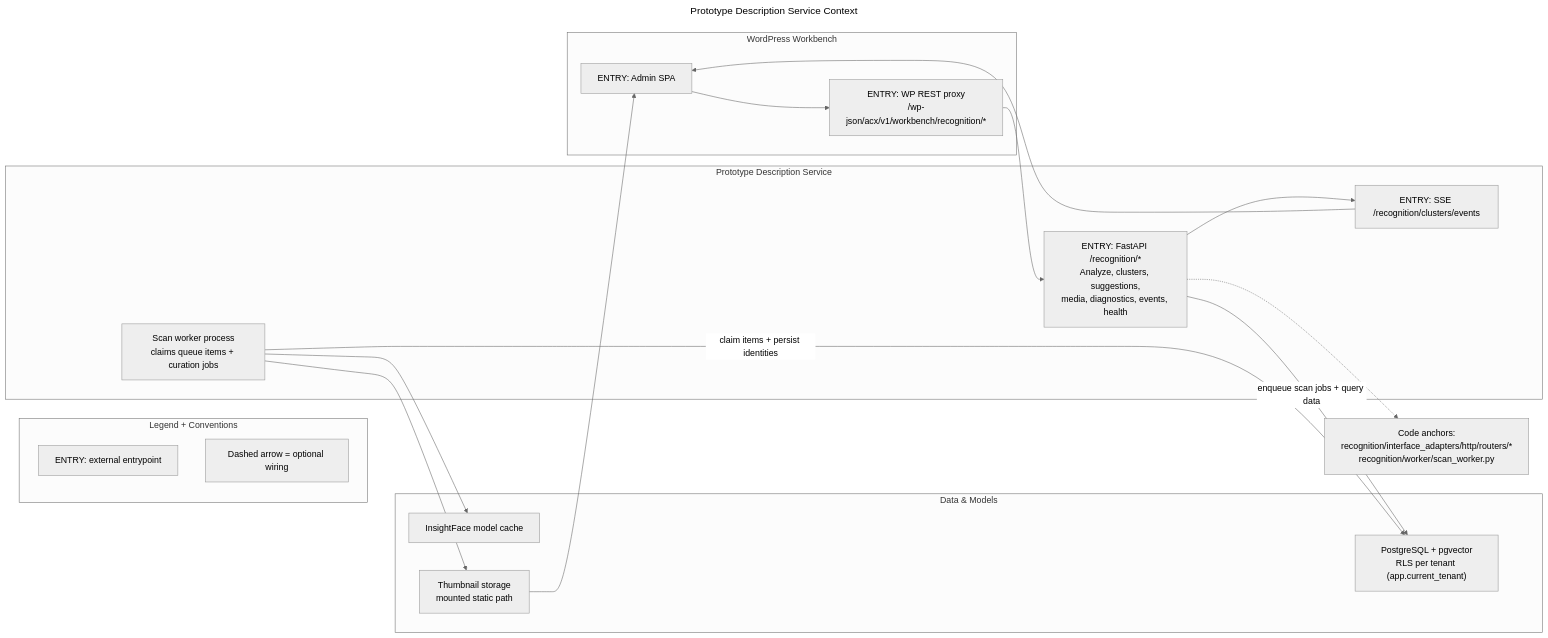
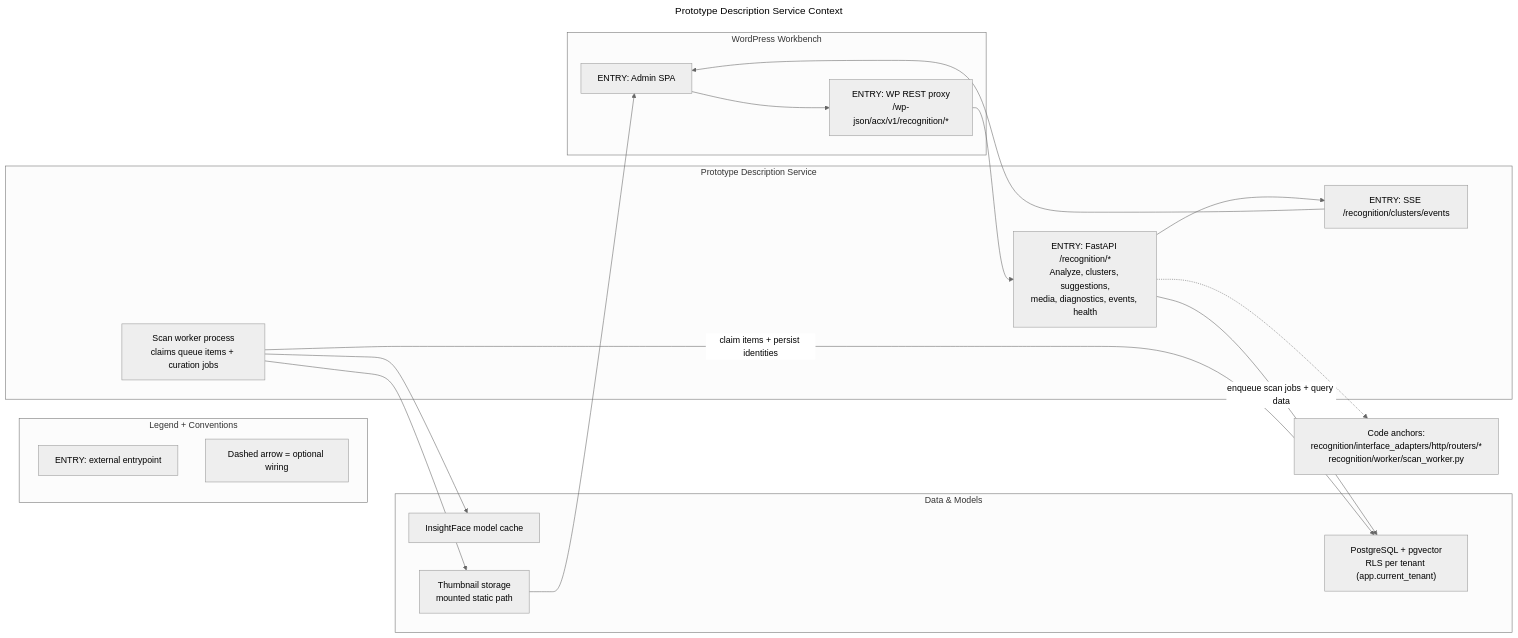
Before and after one commit to darce/context-alt-text-monorepo: the diagram in docs/agentic/diagrams/backend-uml/context.mmd, drawn with Mermaid (neutral theme). The commit also changed 18 other files, not shown here.

Commit message:
docs(agentic): refresh 4.10.3 docs and diagrams - update contracts, maps, and UML diagrams - add 4.10.3 task plans and cleanup notes - remove blackboard docs

```diff
--- a/docs/agentic/diagrams/backend-uml/context.mmd
+++ b/docs/agentic/diagrams/backend-uml/context.mmd
@@ -1,38 +1,38 @@
 ---
 title: Prototype Description Service Context
 ---
 flowchart LR
     subgraph Legend["Legend + Conventions"]
         direction TB
         LegendEntry["ENTRY: external entrypoint"]
         LegendOptional["Dashed arrow = optional wiring"]
     end
 
     subgraph client["WordPress Workbench"]
         wp_spa["ENTRY: Admin SPA"]
-        wp_proxy["ENTRY: WP REST proxy\n/wp-json/acx/v1/workbench/recognition/*"]
+        wp_proxy["ENTRY: WP REST proxy\n/wp-json/acx/v1/recognition/*"]
     end
 
     subgraph service["Prototype Description Service"]
         recognition_api["ENTRY: FastAPI /recognition/*\nAnalyze, clusters, suggestions,\nmedia, diagnostics, events, health"]
         sse["ENTRY: SSE /recognition/clusters/events"]
         scan_worker["Scan worker process\nclaims queue items + curation jobs"]
     end
 
     subgraph data_plane["Data & Models"]
         postgres["PostgreSQL + pgvector\nRLS per tenant (app.current_tenant)"]
         model_weights["InsightFace model cache"]
         thumbnails["Thumbnail storage\nmounted static path"]
     end
 
     wp_spa --> wp_proxy --> recognition_api
     recognition_api --> sse --> wp_spa
 
     recognition_api -->|enqueue scan jobs + query data| postgres
     scan_worker -->|claim items + persist identities| postgres
     scan_worker --> model_weights
     scan_worker --> thumbnails
     thumbnails --> wp_spa
 
     ApiCode["Code anchors:\nrecognition/interface_adapters/http/routers/*\nrecognition/worker/scan_worker.py"]
     recognition_api -.-> ApiCode
```
